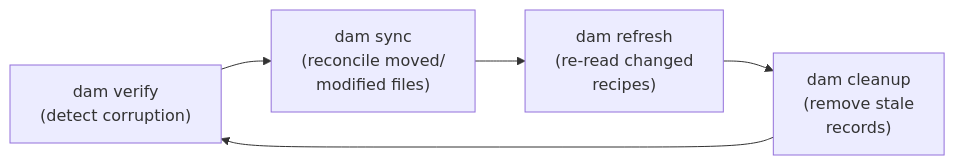
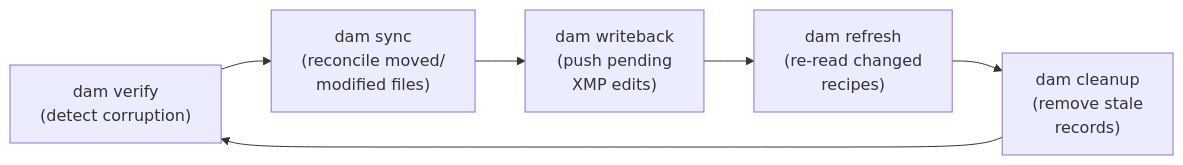
The diagram in doc/manual/user-guide/07-maintenance.md (thoherr/simple-digital-asset-manager), drawn with Mermaid before and after one commit. The commit also changed other lines of this file and 9 other files, not shown here.

First line of the commit message:
Release v2.3.3 — Pending XMP write-back, embed search filter

````diff
--- a/doc/manual/user-guide/07-maintenance.md
+++ b/doc/manual/user-guide/07-maintenance.md
@@ -7,9 +7,10 @@
 ```mermaid
 flowchart LR
     V["dam verify\n(detect corruption)"]
     S["dam sync\n(reconcile moved/\nmodified files)"]
+    W["dam writeback\n(push pending\nXMP edits)"]
     R["dam refresh\n(re-read changed\nrecipes)"]
     C["dam cleanup\n(remove stale\nrecords)"]
 
-    V --> S --> R --> C --> V
+    V --> S --> W --> R --> C --> V
 ```
````
